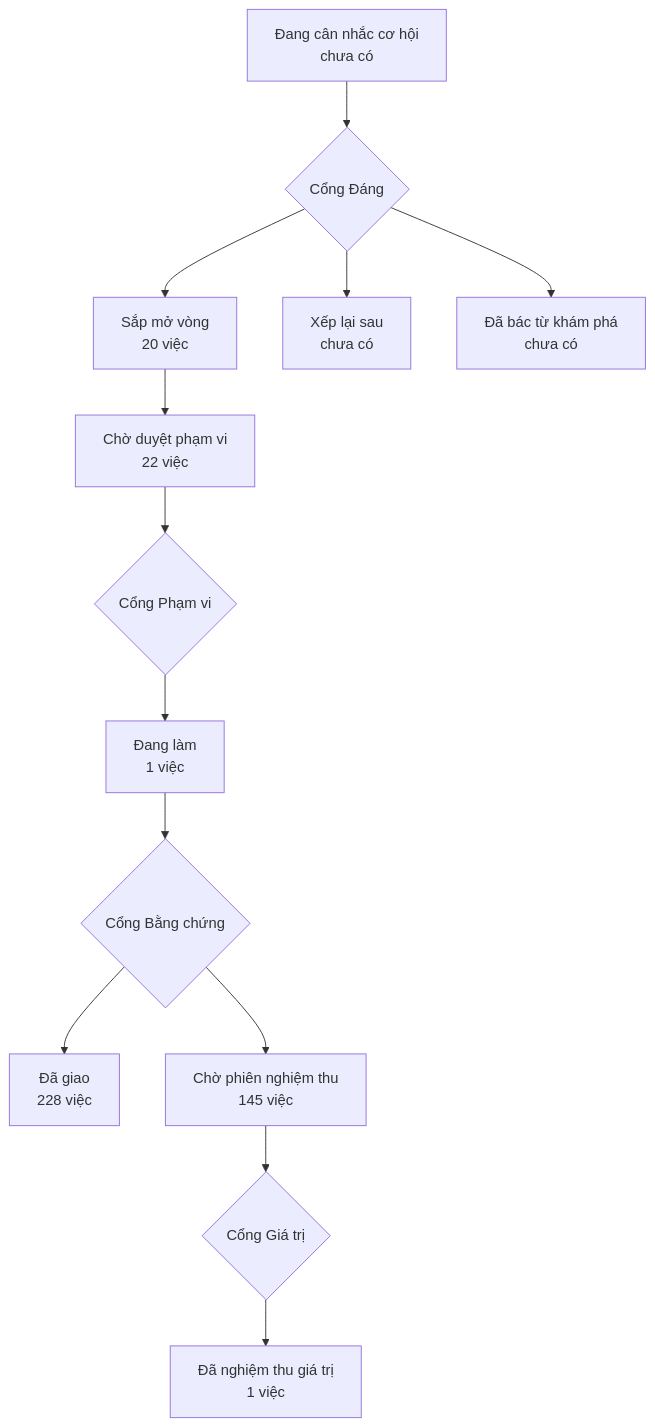
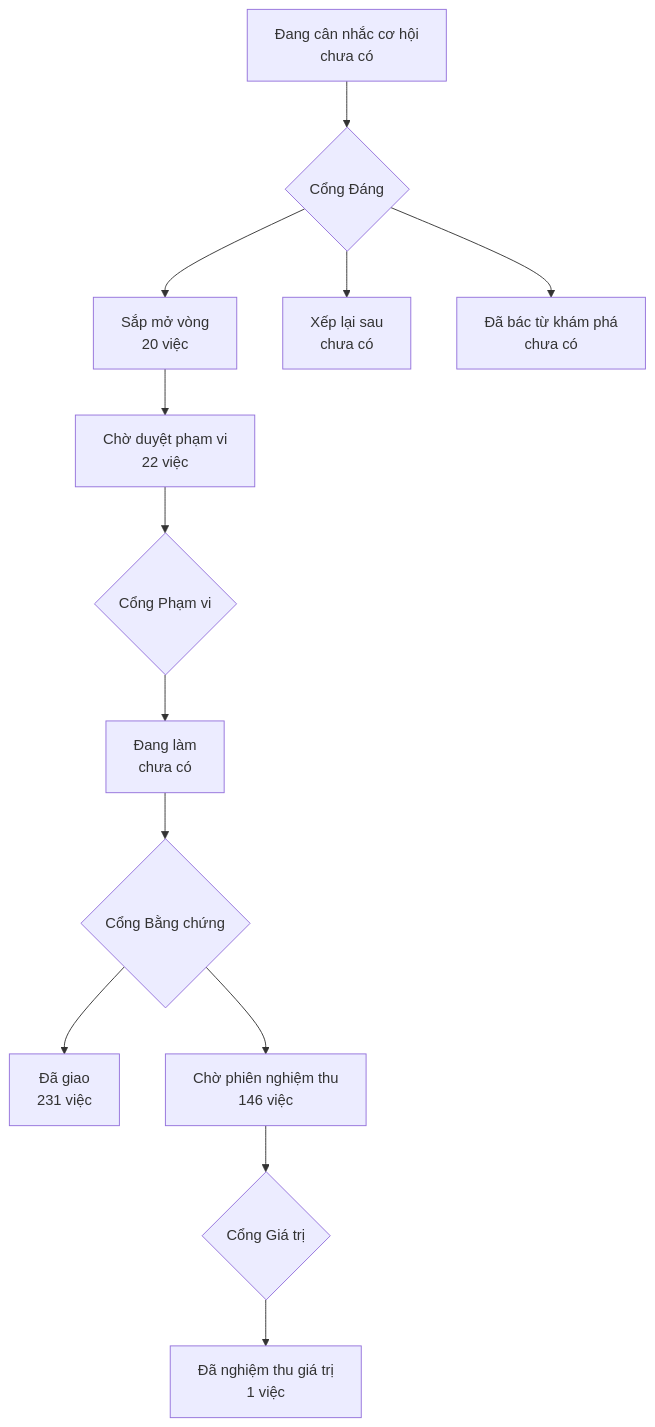
Before and after one commit to phanlemanh/onehub-invest: the diagram in PRODUCT-MAP.md, drawn with Mermaid. The commit also changed other lines of this file and 1 other file, not shown here.

````diff
--- a/PRODUCT-MAP.md
+++ b/PRODUCT-MAP.md
@@ -7,12 +7,12 @@
 ```mermaid
 flowchart TD
   A["Đang cân nhắc cơ hội<br/>chưa có"] --> GD{"Cổng Đáng"}
   GD --> B["Sắp mở vòng<br/>20 việc"]
   GD --> XL["Xếp lại sau<br/>chưa có"]
   GD --> DB["Đã bác từ khám phá<br/>chưa có"]
   B --> CD["Chờ duyệt phạm vi<br/>22 việc"] --> GP{"Cổng Phạm vi"}
-  GP --> DL["Đang làm<br/>1 việc"] --> GB{"Cổng Bằng chứng"}
-  GB --> DG["Đã giao<br/>228 việc"]
-  GB --> CN["Chờ phiên nghiệm thu<br/>145 việc"] --> GG{"Cổng Giá trị"}
+  GP --> DL["Đang làm<br/>chưa có"] --> GB{"Cổng Bằng chứng"}
+  GB --> DG["Đã giao<br/>231 việc"]
+  GB --> CN["Chờ phiên nghiệm thu<br/>146 việc"] --> GG{"Cổng Giá trị"}
   GG --> NT["Đã nghiệm thu giá trị<br/>1 việc"]
 ```
````
